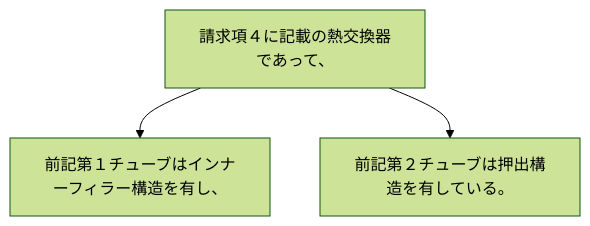
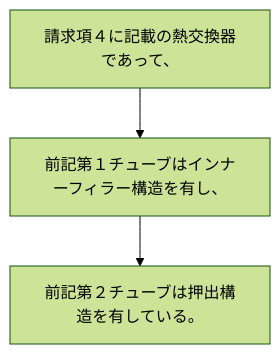
The diagram in 2024/JP2024007944A/claim_5/claim_5_graph.md (shinmori55/patent_analyzed), drawn with Mermaid (forest theme) before and after one commit. The commit also changed 3332 other files, not shown here.

````diff
--- a/2024/JP2024007944A/claim_5/claim_5_graph.md
+++ b/2024/JP2024007944A/claim_5/claim_5_graph.md
@@ -1,8 +1,8 @@
 ```mermaid
 flowchart TD
 A[請求項４に記載の熱交換器であって、]
 B[前記第１チューブはインナーフィラー構造を有し、]
 C[前記第２チューブは押出構造を有している。]
 A --> B
-A --> C
+B --> C
 ```
````
